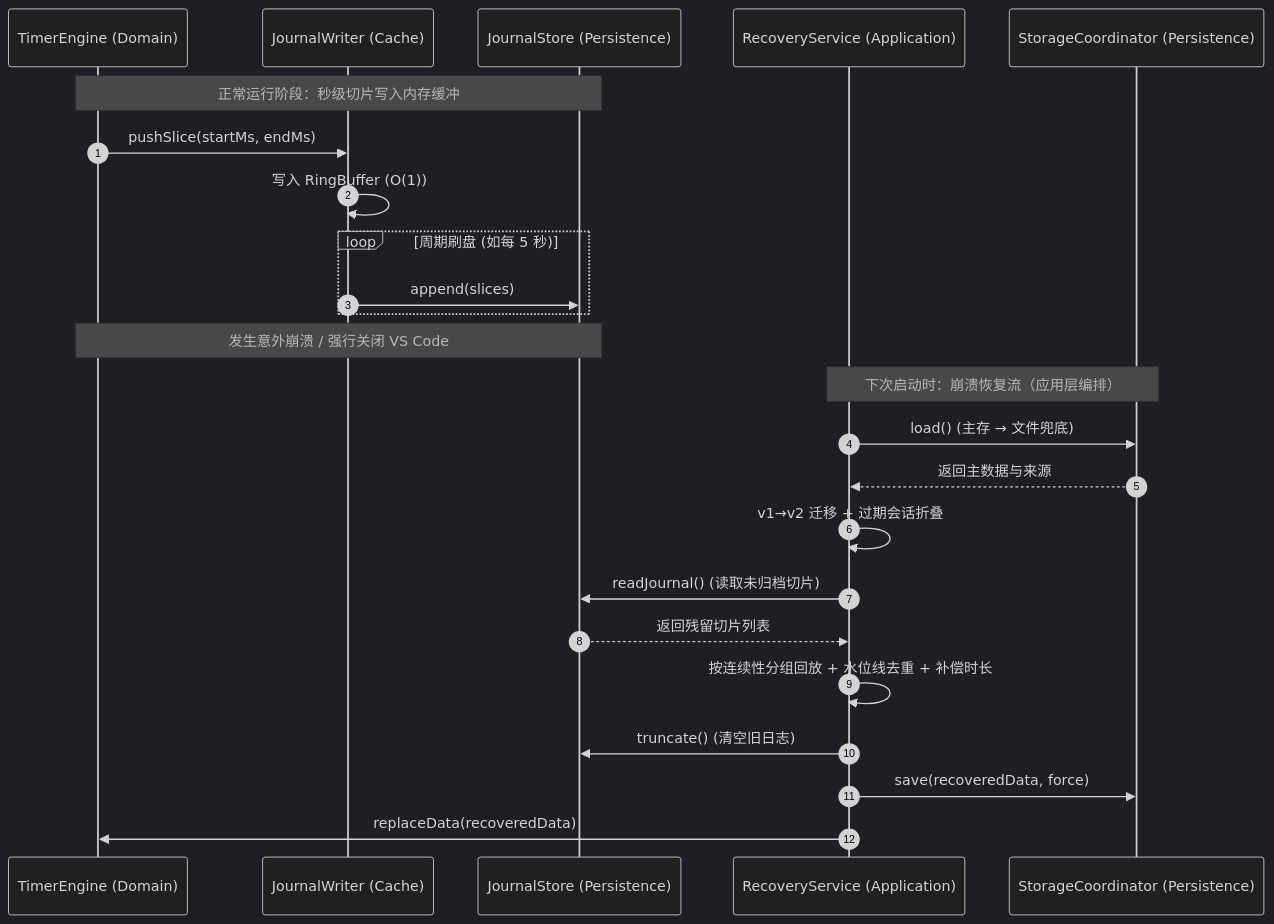
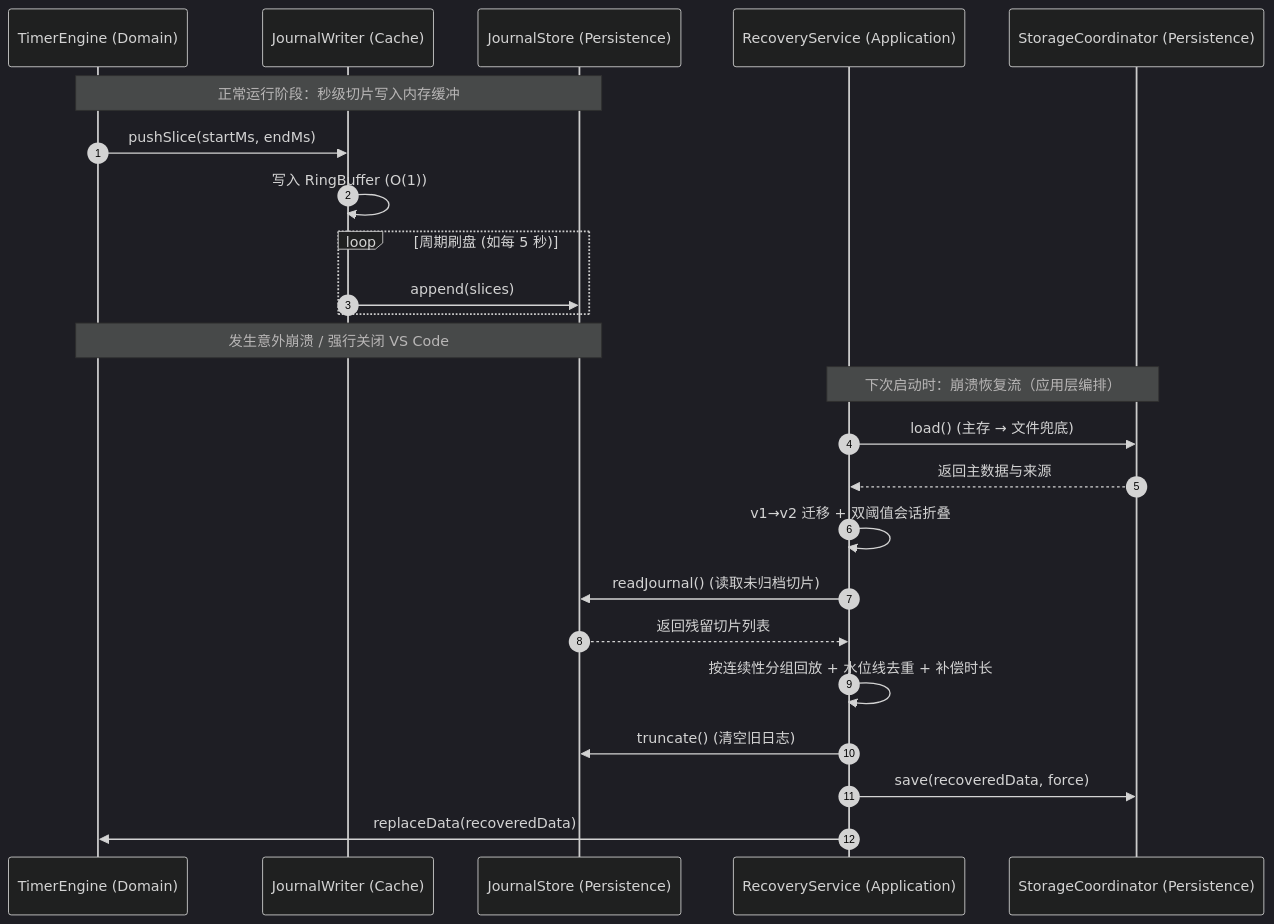
One commit to guilingzhouyi-creator/vscode-extensions changed the second of 2 diagrams in workspace-timing/docs/architecture.md. Above: the diagram before and after it, drawn with Mermaid (dark theme). The commit also changed other lines of this file, not shown here.

````diff
--- a/workspace-timing/docs/architecture.md
+++ b/workspace-timing/docs/architecture.md
@@ -145,29 +150,29 @@
 ```mermaid
 sequenceDiagram
     autonumber
     participant Engine as TimerEngine (Domain)
     participant Writer as JournalWriter (Cache)
     participant Disk as JournalStore (Persistence)
     participant Coord as RecoveryService (Application)
     participant Store as StorageCoordinator (Persistence)
 
     Note over Engine, Disk: 正常运行阶段：秒级切片写入内存缓冲
     Engine->>Writer: pushSlice(startMs, endMs)
     Writer->>Writer: 写入 RingBuffer (O(1))
     
     loop 周期刷盘 (如每 5 秒)
         Writer->>Disk: append(slices)
     end
 
     Note over Engine, Disk: 发生意外崩溃 / 强行关闭 VS Code
     Note over Coord, Store: 下次启动时：崩溃恢复流（应用层编排）
     Coord->>Store: load() (主存 → 文件兜底)
     Store-->>Coord: 返回主数据与来源
-    Coord->>Coord: v1→v2 迁移 + 过期会话折叠
+    Coord->>Coord: v1→v2 迁移 + 双阈值会话折叠
     Coord->>Disk: readJournal() (读取未归档切片)
     Disk-->>Coord: 返回残留切片列表
     Coord->>Coord: 按连续性分组回放 + 水位线去重 + 补偿时长
     Coord->>Disk: truncate() (清空旧日志)
     Coord->>Store: save(recoveredData, force)
     Coord->>Engine: replaceData(recoveredData)
 ```
````
